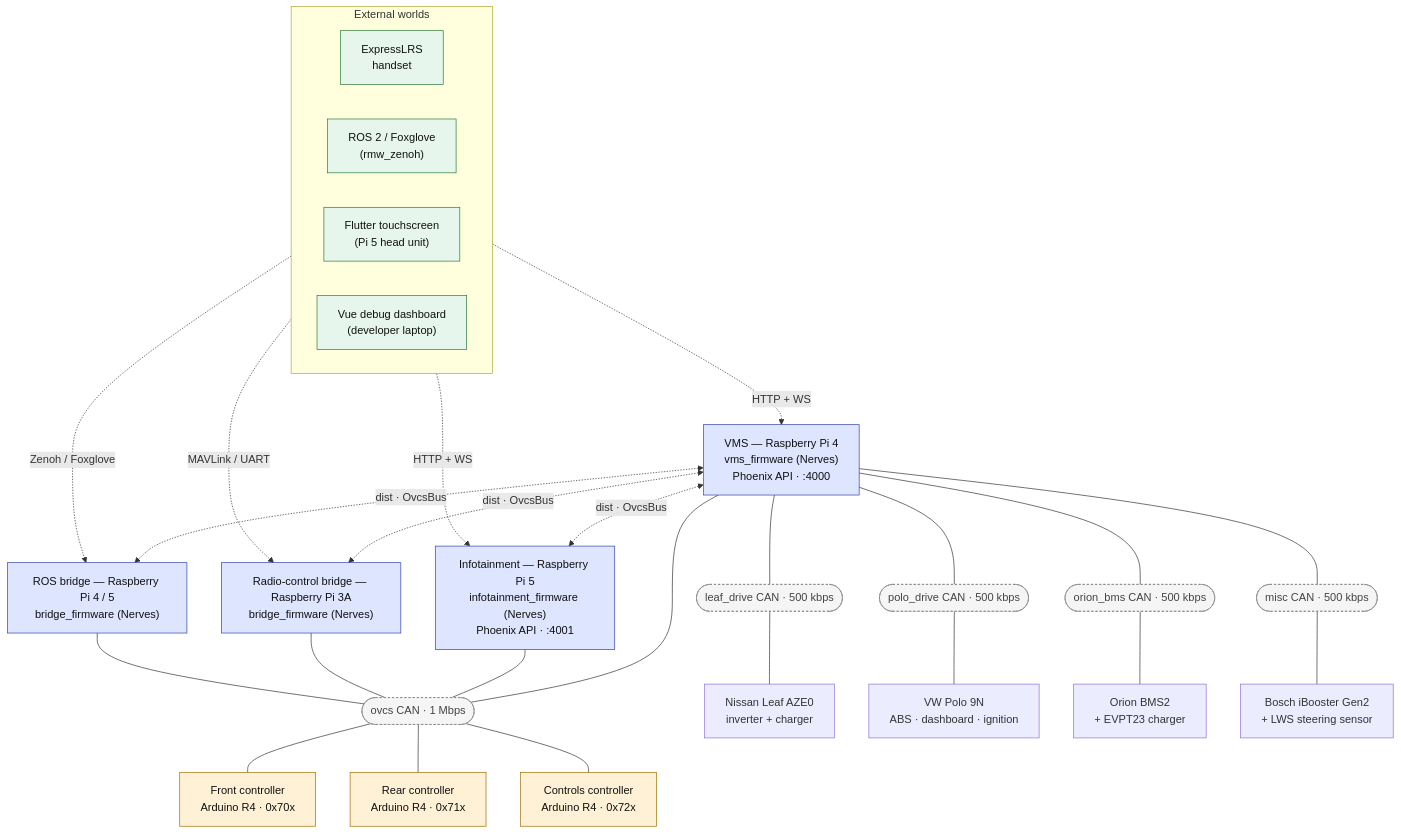
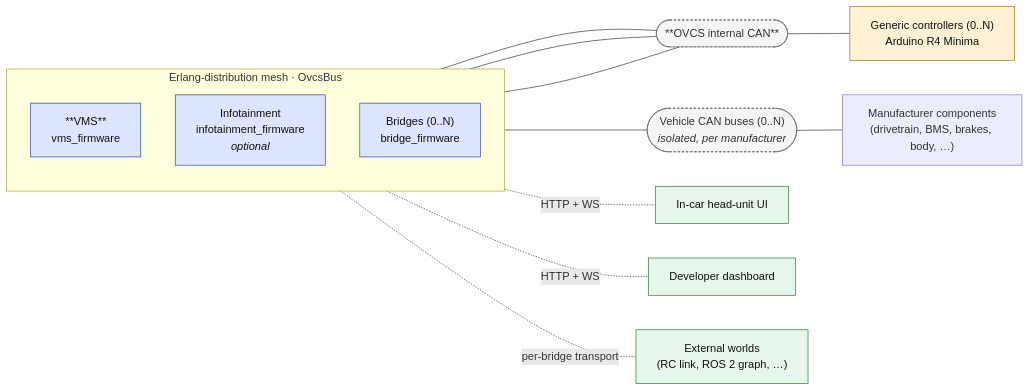
One commit to open-vehicle-control-system/ovcs changed the diagram in README.md. Above: the diagram before and after it, drawn with Mermaid. The commit also changed other lines of this file and 1 other file, not shown here.

Commit message:
docs: generic architecture diagram in root README, richer OVCS1 one in hardware_architecture
- Root README: redo the Mermaid as a generic architecture pattern
  (VMS + optional infotainment + 0..N bridges + 0..N controllers,
  OVCS internal bus, 0..N isolated vehicle buses) instead of pinning
  it to OVCS1's specific components.
- hardware_architecture.md: replace the ASCII art with a Mermaid
  diagram that goes the other way — fully OVCS1-specific, naming
  per-Pi roles + ports, the five CAN buses with bitrates, the three
  Arduino controllers with ID ranges and responsibilities, the four
  manufacturer component groups colour-coded, the external
  transports, and the Erlang-distribution mesh between BEAMs.
- Add 'How the SPI-CAN hub is wired' and 'Why every bridge SoC is
  its own Pi' subsections covering the design choices that weren't
  written down anywhere.

````diff
--- a/README.md
+++ b/README.md
@@ -34,61 +34,35 @@
 ```mermaid
-flowchart TB
-    classDef pi       fill:#dde5ff,stroke:#3344aa,color:#111,stroke-width:1px
-    classDef arduino  fill:#fff1d6,stroke:#a07000,color:#111,stroke-width:1px
-    classDef bus      fill:#f5f5f5,stroke:#888,color:#444,stroke-dasharray:3 3
-    classDef external fill:#e7f6ec,stroke:#2a7a3a,color:#111,stroke-width:1px
+flowchart LR
+    classDef firmware fill:#dde5ff,stroke:#3344aa,color:#111
+    classDef arduino  fill:#fff1d6,stroke:#a07000,color:#111
+    classDef bus      fill:#f5f5f5,stroke:#666,color:#333,stroke-dasharray:3 3
+    classDef external fill:#e7f6ec,stroke:#2a7a3a,color:#111
 
-    subgraph EXT["External worlds"]
-        direction LR
-        RADIO["ExpressLRS<br/>handset"]:::external
-        ROS["ROS 2 / Foxglove<br/>(rmw_zenoh)"]:::external
-        FLUTTER["Flutter touchscreen<br/>(Pi 5 head unit)"]:::external
-        VUE["Vue debug dashboard<br/>(developer laptop)"]:::external
+    subgraph CLUSTER["Erlang-distribution mesh · OvcsBus"]
+        direction TB
+        VMS["**VMS**<br/>vms_firmware"]:::firmware
+        INFO["Infotainment<br/>infotainment_firmware<br/><i>optional</i>"]:::firmware
+        BRIDGES["Bridges (0..N)<br/>bridge_firmware"]:::firmware
     end
 
-    VMS["VMS — Raspberry Pi 4<br/>vms_firmware (Nerves)<br/>Phoenix API · :4000"]:::pi
-    INFO["Infotainment — Raspberry Pi 5<br/>infotainment_firmware (Nerves)<br/>Phoenix API · :4001"]:::pi
-    RCB["Radio-control bridge — Raspberry Pi 3A<br/>bridge_firmware (Nerves)"]:::pi
-    ROSB["ROS bridge — Raspberry Pi 4 / 5<br/>bridge_firmware (Nerves)"]:::pi
+    CTRL["Generic controllers (0..N)<br/>Arduino R4 Minima"]:::arduino
 
-    OVCS_BUS(["ovcs CAN · 1 Mbps"]):::bus
-    LEAF_BUS(["leaf_drive CAN · 500 kbps"]):::bus
-    POLO_BUS(["polo_drive CAN · 500 kbps"]):::bus
-    ORION_BUS(["orion_bms CAN · 500 kbps"]):::bus
-    MISC_BUS(["misc CAN · 500 kbps"]):::bus
+    OVCS_BUS(["**OVCS internal CAN**"]):::bus
+    VEH_BUSES(["Vehicle CAN buses (0..N)<br/><i>isolated, per manufacturer</i>"]):::bus
 
-    FRONT["Front controller<br/>Arduino R4 · 0x70x"]:::arduino
-    REAR["Rear controller<br/>Arduino R4 · 0x71x"]:::arduino
-    CTRLS["Controls controller<br/>Arduino R4 · 0x72x"]:::arduino
+    MFG["Manufacturer components<br/>(drivetrain, BMS, brakes, body, …)"]
+    HEAD["In-car head-unit UI"]:::external
+    DEBUG["Developer dashboard"]:::external
+    OUTSIDE["External worlds<br/>(RC link, ROS 2 graph, …)"]:::external
 
-    LEAF["Nissan Leaf AZE0<br/>inverter + charger"]
-    POLO["VW Polo 9N<br/>ABS · dashboard · ignition"]
-    ORION["Orion BMS2<br/>+ EVPT23 charger"]
-    MISC["Bosch iBooster Gen2<br/>+ LWS steering sensor"]
+    VMS     --- OVCS_BUS
+    INFO    --- OVCS_BUS
+    BRIDGES --- OVCS_BUS
+    OVCS_BUS --- CTRL
 
-    %% Internal OVCS bus
-    VMS  --- OVCS_BUS
-    INFO --- OVCS_BUS
-    RCB  --- OVCS_BUS
-    ROSB --- OVCS_BUS
-    OVCS_BUS --- FRONT
-    OVCS_BUS --- REAR
-    OVCS_BUS --- CTRLS
+    VMS --- VEH_BUSES --- MFG
 
-    %% Isolated component buses (VMS-only)
-    VMS --- LEAF_BUS  --- LEAF
-    VMS --- POLO_BUS  --- POLO
-    VMS --- ORION_BUS --- ORION
-    VMS --- MISC_BUS  --- MISC
-
-    %% External connections
-    RADIO   -. MAVLink / UART .-> RCB
-    ROS     -. Zenoh / Foxglove .-> ROSB
-    FLUTTER -. HTTP + WS .-> INFO
-    VUE     -. HTTP + WS .-> VMS
-
-    %% Distributed Erlang mesh
-    VMS  <-. dist · OvcsBus .-> INFO
-    VMS  <-. dist · OvcsBus .-> RCB
-    VMS  <-. dist · OvcsBus .-> ROSB
+    INFO    -. HTTP + WS .- HEAD
+    VMS     -. HTTP + WS .- DEBUG
+    BRIDGES -. per-bridge transport .- OUTSIDE
 ```
````
